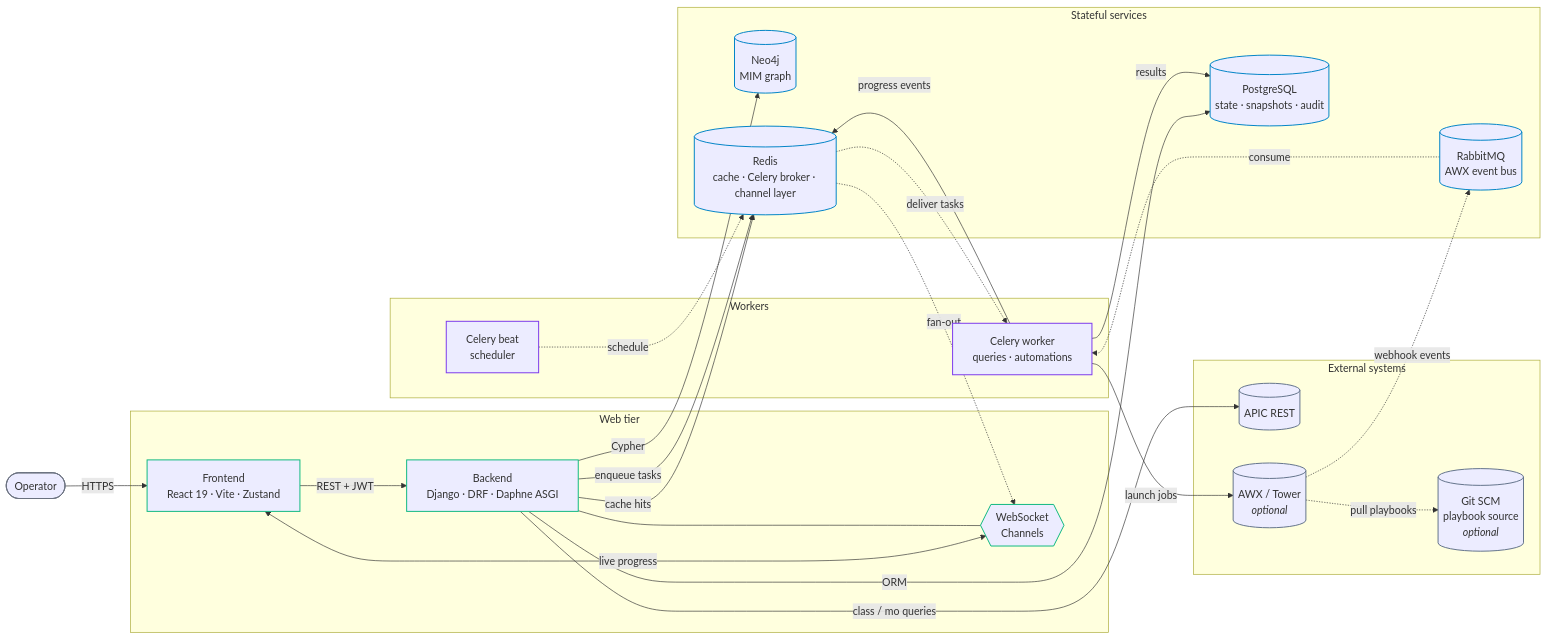
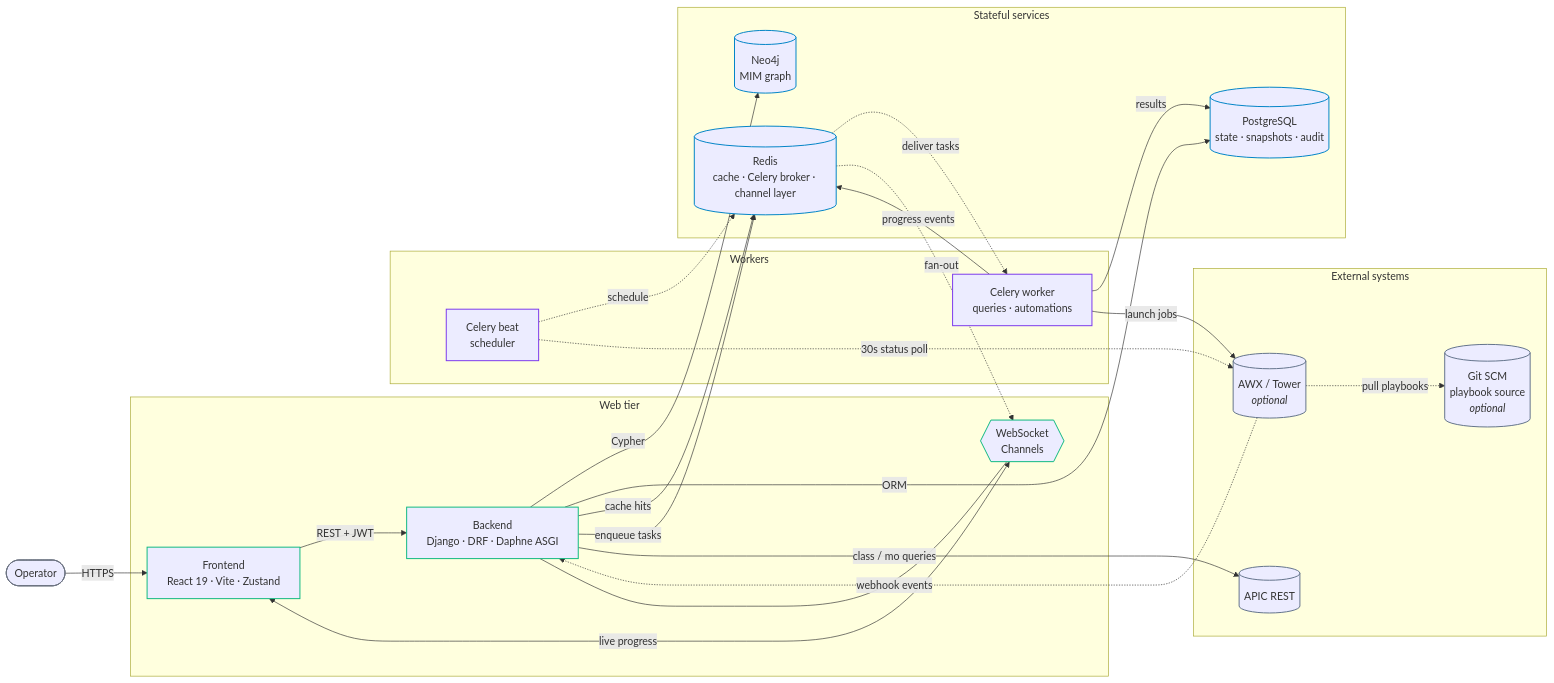
One commit to onemli/fabrik changed the diagram in frontend/src/assets/architecture.mmd. Above: the diagram before and after it, drawn with Mermaid. The commit also changed 13 other files, not shown here.

```diff
--- a/frontend/src/assets/architecture.mmd
+++ b/frontend/src/assets/architecture.mmd
@@ -1,60 +1,59 @@
 flowchart LR
     User([Operator])
 
     subgraph EXT[External systems]
         APIC[(APIC&nbsp;REST)]
         AWX[(AWX&nbsp;/&nbsp;Tower<br/><i>optional</i>)]
         SCM[(Git&nbsp;SCM<br/>playbook&nbsp;source<br/><i>optional</i>)]
     end
 
     subgraph WEB[Web tier]
         FE[Frontend<br/>React 19 · Vite · Zustand]
         BE[Backend<br/>Django · DRF · Daphne ASGI]
         WS{{WebSocket<br/>Channels}}
     end
 
     subgraph WORK[Workers]
         WORKER[Celery worker<br/>queries · automations]
         BEAT[Celery beat<br/>scheduler]
     end
 
     subgraph DATA[Stateful services]
         NEO[(Neo4j<br/>MIM graph)]
         PG[(PostgreSQL<br/>state · snapshots · audit)]
         REDIS[(Redis<br/>cache · Celery broker · channel layer)]
-        MQ[(RabbitMQ<br/>AWX event bus)]
     end
 
     User -->|HTTPS| FE
     FE -->|REST + JWT| BE
     FE <-->|live progress| WS
     WS --- BE
 
     BE -->|Cypher| NEO
     BE -->|ORM| PG
     BE -->|cache hits| REDIS
     BE -->|enqueue tasks| REDIS
 
     REDIS -.->|deliver tasks| WORKER
     BEAT -.->|schedule| REDIS
     WORKER -->|results| PG
     WORKER -->|progress events| REDIS
     REDIS -.->|fan-out| WS
 
     BE -->|class&nbsp;/&nbsp;mo queries| APIC
     WORKER -->|launch jobs| AWX
-    AWX -.->|webhook events| MQ
-    MQ -.->|consume| WORKER
+    AWX -.->|webhook events| BE
+    BEAT -.->|30s status poll| AWX
     AWX -.->|pull playbooks| SCM
 
     classDef ext stroke:#64748b,stroke-width:1.5px
     classDef data stroke:#0284c7,stroke-width:1.5px
     classDef worker stroke:#7c3aed,stroke-width:1.5px
     classDef web stroke:#10b981,stroke-width:1.5px
     classDef user stroke:#6b7280,stroke-width:1.5px
 
     class APIC,AWX,SCM ext
-    class NEO,PG,REDIS,MQ data
+    class NEO,PG,REDIS data
     class WORKER,BEAT worker
     class FE,BE,WS web
     class User user
```
